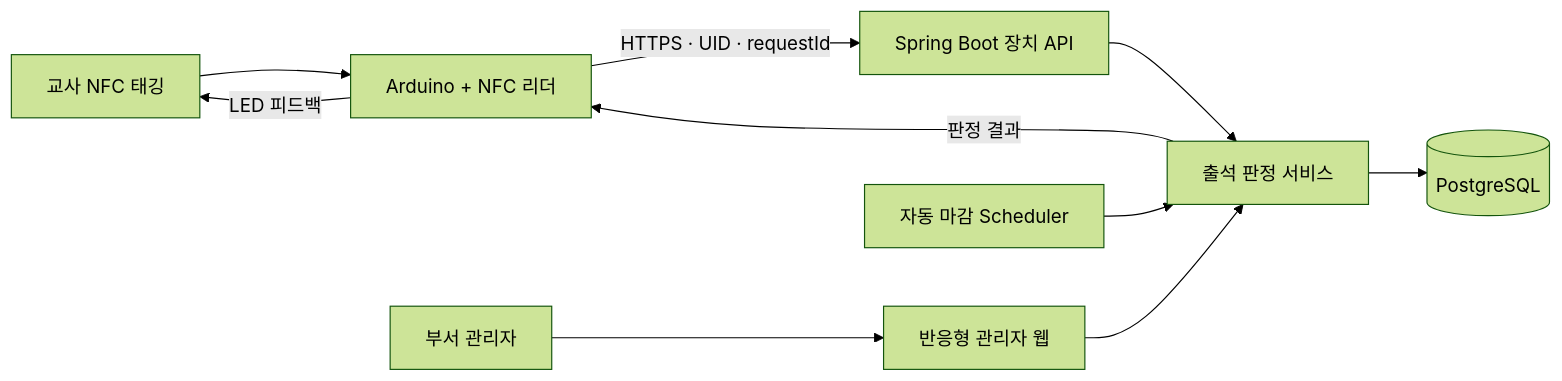
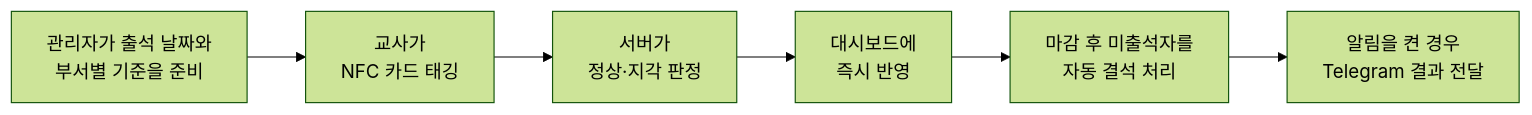
One commit to jinhokingofworld/attend changed the diagram in README.md. Above: the diagram before and after it, drawn with Mermaid (forest theme). The commit also changed other lines of this file and 2 other files, not shown here.

````diff
--- a/README.md
+++ b/README.md
@@ -65,12 +41,8 @@
 ```mermaid
 flowchart LR
-    T["교사 NFC 태깅"] --> D["Arduino + NFC 리더"]
-    D -->|"HTTPS · UID · requestId"| API["Spring Boot 장치 API"]
-    API --> S["출석 판정 서비스"]
-    S --> DB[("PostgreSQL")]
-    S -->|"판정 결과"| D
-    D -->|"LED 피드백"| T
-    A["부서 관리자"] --> W["반응형 관리자 웹"]
-    W --> S
-    C["자동 마감 Scheduler"] --> S
+    A["관리자가 출석 날짜와<br>부서별 기준을 준비"] --> B["교사가<br>NFC 카드 태깅"]
+    B --> C["서버가<br>정상·지각 판정"]
+    C --> D["대시보드에<br>즉시 반영"]
+    D --> E["마감 후 미출석자를<br>자동 결석 처리"]
+    E --> F["알림을 켠 경우<br>Telegram 결과 전달"]
 ```
````
